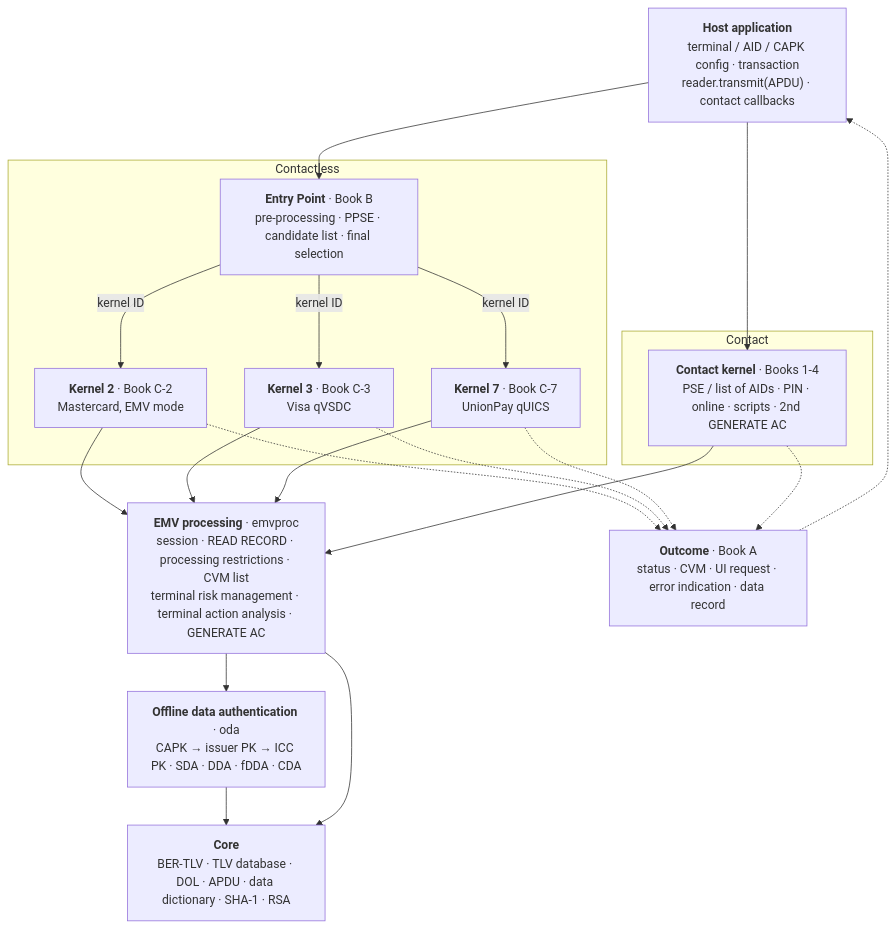
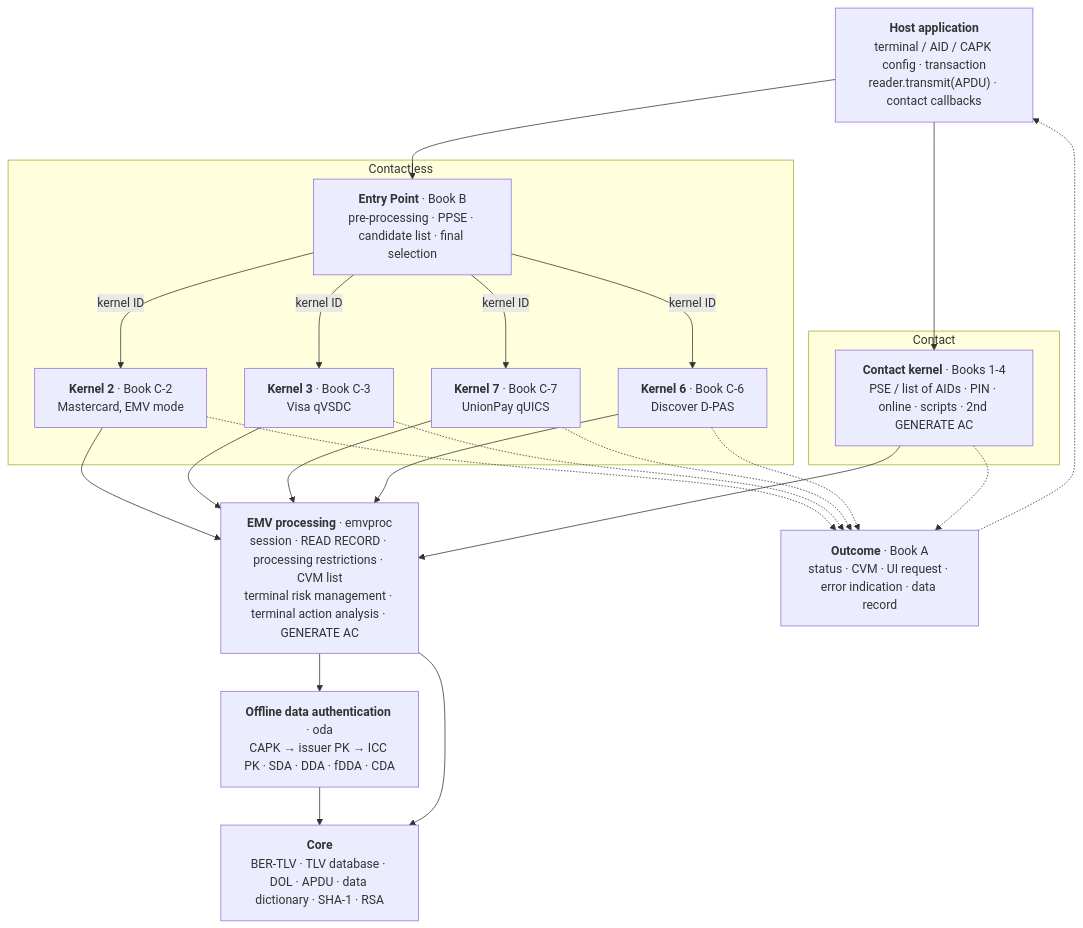
One commit to xichuanxc/openpaykernel changed the first of 9 diagrams in README.md. Above: the diagram before and after it, drawn with Mermaid. The commit also changed other lines of this file and 54 other files, not shown here.

````diff
--- a/README.md
+++ b/README.md
@@ -34,38 +35,42 @@
 ```mermaid
 flowchart TB
     host["<b>Host application</b><br/>terminal / AID / CAPK config · transaction<br/>reader.transmit(APDU) · contact callbacks"]
 
     subgraph CL["Contactless"]
         ep["<b>Entry Point</b> · Book B<br/>pre-processing · PPSE · candidate list · final selection"]
         k2["<b>Kernel 2</b> · Book C-2<br/>Mastercard, EMV mode"]
         k3["<b>Kernel 3</b> · Book C-3<br/>Visa qVSDC"]
         k7["<b>Kernel 7</b> · Book C-7<br/>UnionPay qUICS"]
+        k6["<b>Kernel 6</b> · Book C-6<br/>Discover D-PAS"]
     end
 
     subgraph CT["Contact"]
         ck["<b>Contact kernel</b> · Books 1-4<br/>PSE / list of AIDs · PIN · online · scripts · 2nd GENERATE AC"]
     end
 
     proc["<b>EMV processing</b> · emvproc<br/>session · READ RECORD · processing restrictions · CVM list<br/>terminal risk management · terminal action analysis · GENERATE AC"]
     oda["<b>Offline data authentication</b> · oda<br/>CAPK → issuer PK → ICC PK · SDA · DDA · fDDA · CDA"]
     core["<b>Core</b><br/>BER-TLV · TLV database · DOL · APDU · data dictionary · SHA-1 · RSA"]
     out["<b>Outcome</b> · Book A<br/>status · CVM · UI request · error indication · data record"]
 
     host --> ep
     host --> ck
     ep -- "kernel ID" --> k2
     ep -- "kernel ID" --> k3
     ep -- "kernel ID" --> k7
+    ep -- "kernel ID" --> k6
     k2 --> proc
     k3 --> proc
     k7 --> proc
+    k6 --> proc
     ck --> proc
     proc --> oda
     oda --> core
     proc --> core
     k2 -.-> out
     k3 -.-> out
     k7 -.-> out
+    k6 -.-> out
     ck -.-> out
     out -.-> host
 ```
````
